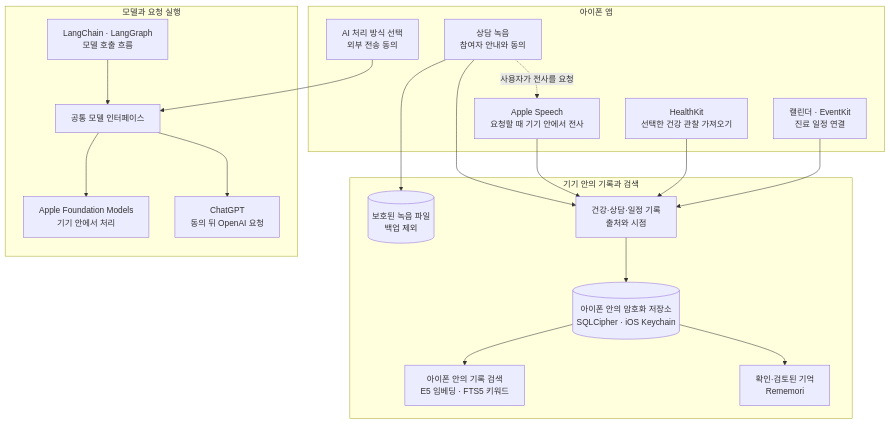
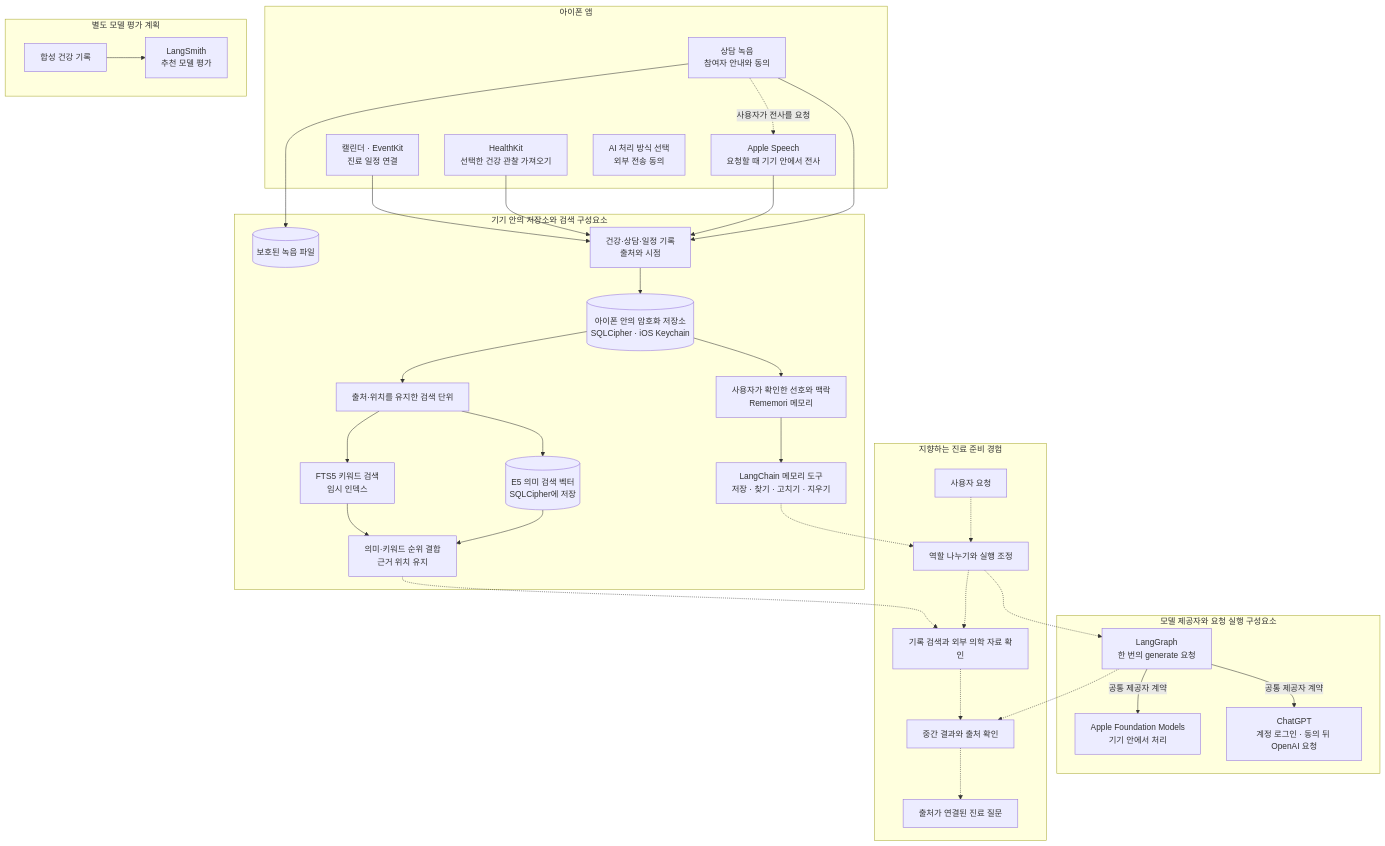
The diagram in README.md (eunsoogi/orot), drawn with Mermaid before and after one commit. The commit also changed other lines of this file, not shown here.

Commit message:
docs(readme): explain retrieval and agent flow

````diff
--- a/README.md
+++ b/README.md
@@ -29,39 +29,62 @@
 ```mermaid
 flowchart TB
   subgraph app["아이폰 앱"]
     recording["상담 녹음<br/>참여자 안내와 동의"]
     speech["Apple Speech<br/>요청할 때 기기 안에서 전사"]
     health["HealthKit<br/>선택한 건강 관찰 가져오기"]
     calendar["캘린더 · EventKit<br/>진료 일정 연결"]
     selection["AI 처리 방식 선택<br/>외부 전송 동의"]
   end
 
-  subgraph local["기기 안의 기록과 검색"]
-    audio[("보호된 녹음 파일<br/>백업 제외")]
+  subgraph local["기기 안의 저장소와 검색 구성요소"]
+    audio[("보호된 녹음 파일")]
     records["건강·상담·일정 기록<br/>출처와 시점"]
     db[("아이폰 안의 암호화 저장소<br/>SQLCipher · iOS Keychain")]
-    rag["아이폰 안의 기록 검색<br/>E5 임베딩 · FTS5 키워드"]
-    memory["확인·검토된 기억<br/>Rememori"]
+    chunks["출처·위치를 유지한 검색 단위"]
+    vectors[("E5 의미 검색 벡터<br/>SQLCipher에 저장")]
+    fts["FTS5 키워드 검색<br/>임시 인덱스"]
+    retrieval["의미·키워드 순위 결합<br/>근거 위치 유지"]
+    memory["사용자가 확인한 선호와 맥락<br/>Rememori 메모리"]
+    memoryTools["LangChain 메모리 도구<br/>저장 · 찾기 · 고치기 · 지우기"]
   end
 
-  subgraph model["모델과 요청 실행"]
-    contract["공통 모델 인터페이스"]
+  subgraph model["모델 제공자와 요청 실행 구성요소"]
+    modelRunner["LangGraph<br/>한 번의 generate 요청"]
     apple["Apple Foundation Models<br/>기기 안에서 처리"]
-    chatgpt["ChatGPT<br/>동의 뒤 OpenAI 요청"]
-    flow["LangChain · LangGraph<br/>모델 호출 흐름"]
+    chatgpt["ChatGPT<br/>계정 로그인 · 동의 뒤 OpenAI 요청"]
+  end
+
+  subgraph evaluation["별도 모델 평가 계획"]
+    synthetic["합성 건강 기록"]
+    langsmith["LangSmith<br/>추천 모델 평가"]
+    synthetic --> langsmith
+  end
+
+  subgraph future["지향하는 진료 준비 경험"]
+    request["사용자 요청"] -.-> coordination["역할 나누기와 실행 조정"]
+    coordination -.-> research["기록 검색과 외부 의학 자료 확인"]
+    research -.-> review["중간 결과와 출처 확인"]
+    review -.-> questions["출처가 연결된 진료 질문"]
   end
 
   recording --> audio
   recording --> records
   recording -. "사용자가 전사를 요청" .-> speech
   speech --> records
   health --> records
   calendar --> records
   records --> db
-  db --> rag
+  db --> chunks
+  chunks --> vectors
+  chunks --> fts
+  vectors --> retrieval
+  fts --> retrieval
   db --> memory
-  selection --> contract
-  flow --> contract
-  contract --> apple
-  contract --> chatgpt
+  memory --> memoryTools
+  modelRunner -->|공통 제공자 계약| apple
+  modelRunner -->|공통 제공자 계약| chatgpt
+  retrieval -.-> research
+  memoryTools -.-> coordination
+  coordination -.-> modelRunner
+  modelRunner -.-> review
 ```
````
